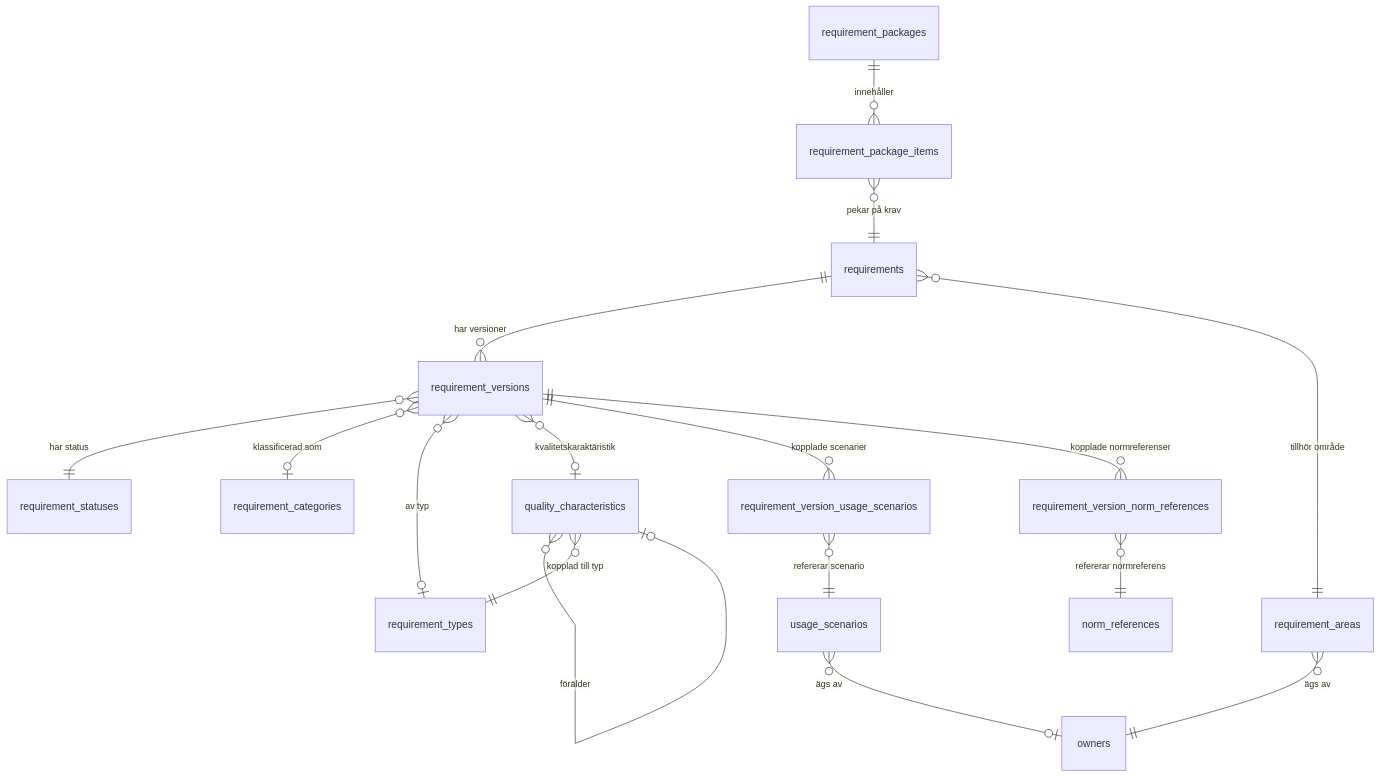
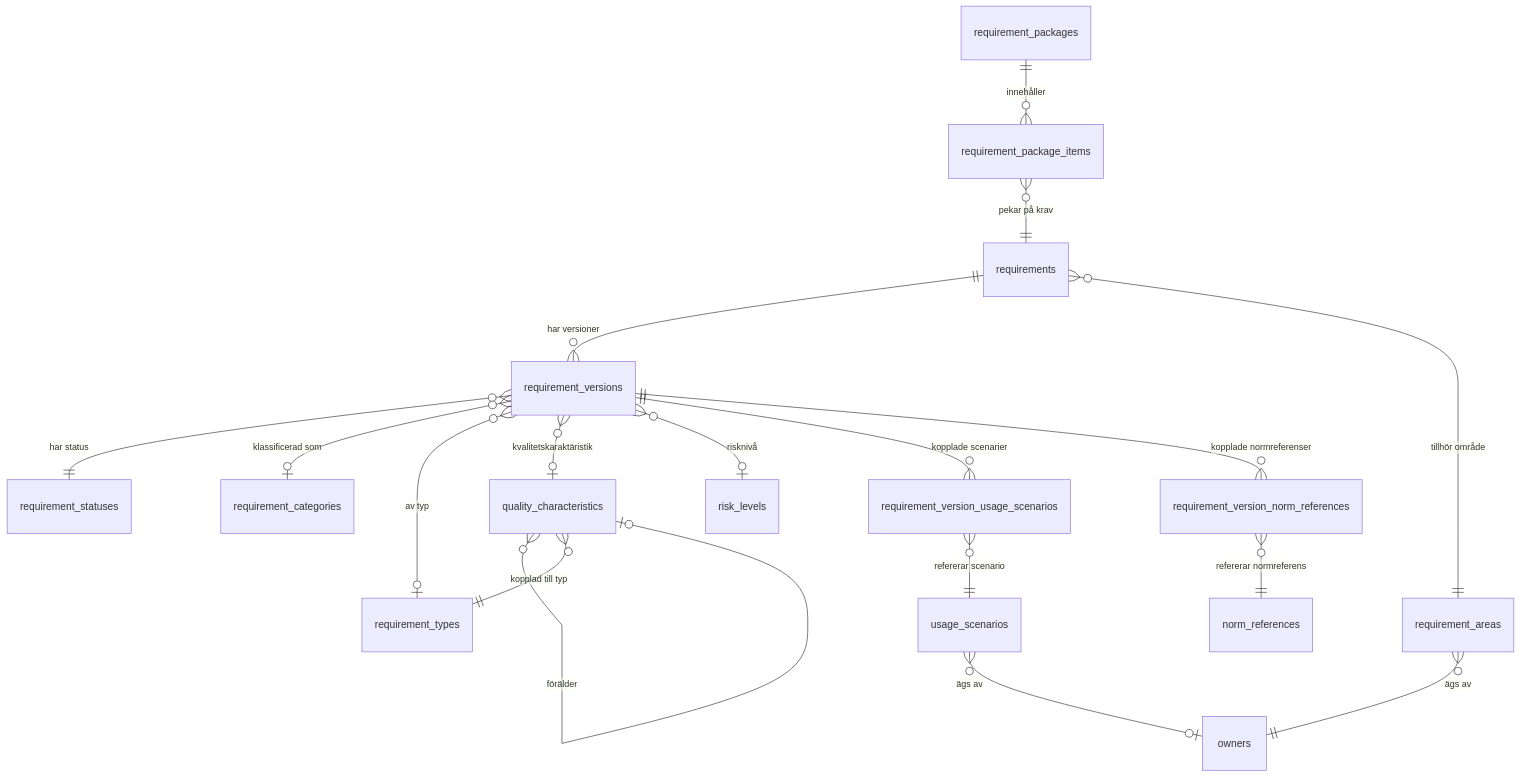
The fourth of 4 diagrams in docs/arkitekturbeskrivning-kravhantering.md (viscalyx/Kravhantering), drawn with Mermaid before and after one commit. The commit also changed other lines of this file and 1 other file, not shown here.

Commit message:
feat: add risk_levels table and integrate risk level classification into requirement schema

````diff
--- a/docs/arkitekturbeskrivning-kravhantering.md
+++ b/docs/arkitekturbeskrivning-kravhantering.md
@@ -534,19 +534,20 @@
 ```mermaid
 erDiagram
     requirements ||--o{ requirement_versions : "har versioner"
     requirements }o--|| requirement_areas : "tillhör område"
     requirement_versions }o--|| requirement_statuses : "har status"
     requirement_versions }o--o| requirement_categories : "klassificerad som"
     requirement_versions }o--o| requirement_types : "av typ"
     requirement_versions }o--o| quality_characteristics : "kvalitetskaraktäristik"
+    requirement_versions }o--o| risk_levels : "risknivå"
     requirement_versions ||--o{ requirement_version_usage_scenarios : "kopplade scenarier"
     requirement_version_usage_scenarios }o--|| usage_scenarios : "refererar scenario"
     requirement_versions ||--o{ requirement_version_norm_references : "kopplade normreferenser"
     requirement_version_norm_references }o--|| norm_references : "refererar normreferens"
     requirement_areas }o--|| owners : "ägs av"
     usage_scenarios }o--o| owners : "ägs av"
     quality_characteristics }o--o| quality_characteristics : "förälder"
     quality_characteristics }o--|| requirement_types : "kopplad till typ"
     requirement_packages ||--o{ requirement_package_items : "innehåller"
     requirement_package_items }o--|| requirements : "pekar på krav"
 ```
````
